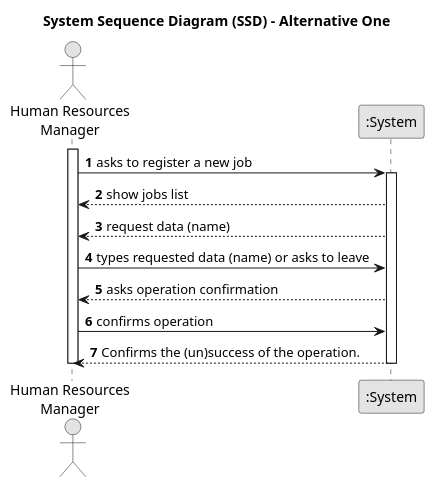
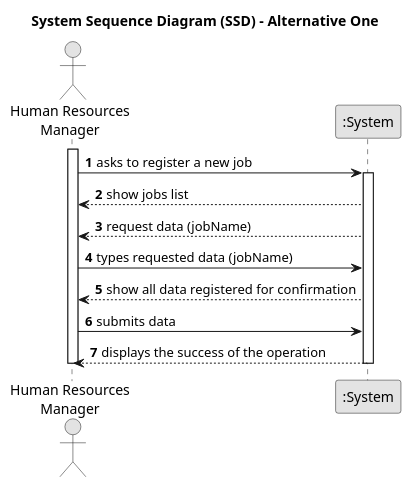
One commit to SAEmanuel/Green_Spaces_Management_ISEP changed the diagram in docs/sprintB/us002/01.requirements-engineering/puml/us002-system-sequence-diagram-alternative-one.puml. Above: the diagram before and after it, drawn with PlantUML. The commit also changed 11 other files, not shown here.

```diff
--- a/docs/sprintB/us002/01.requirements-engineering/puml/us002-system-sequence-diagram-alternative-one.puml
+++ b/docs/sprintB/us002/01.requirements-engineering/puml/us002-system-sequence-diagram-alternative-one.puml
@@ -1,31 +1,31 @@
 @startuml
 skinparam monochrome true
 skinparam packageStyle rectangle
 skinparam shadowing false
 
 title System Sequence Diagram (SSD) - Alternative One
 
 autonumber
 
 actor "Human Resources\nManager" as HRM
 participant ":System" as System
 
 activate HRM
 
 
      HRM -> System : asks to register a new job
     activate System
 
     System --> HRM :  show jobs list
-    System --> HRM :  request data (name)
-    HRM -> System : types requested data (name) or asks to leave
-    System --> HRM : asks operation confirmation
-    HRM -> System : confirms operation
-    System --> HRM : Confirms the (un)success of the operation.
+    System --> HRM :  request data (jobName)
+    HRM -> System : types requested data (jobName)
+    System --> HRM : show all data registered for confirmation
+    HRM -> System : submits data
+    System --> HRM :displays the success of the operation
 
 
     deactivate System
     deactivate HRM
 
 
 @enduml
```
